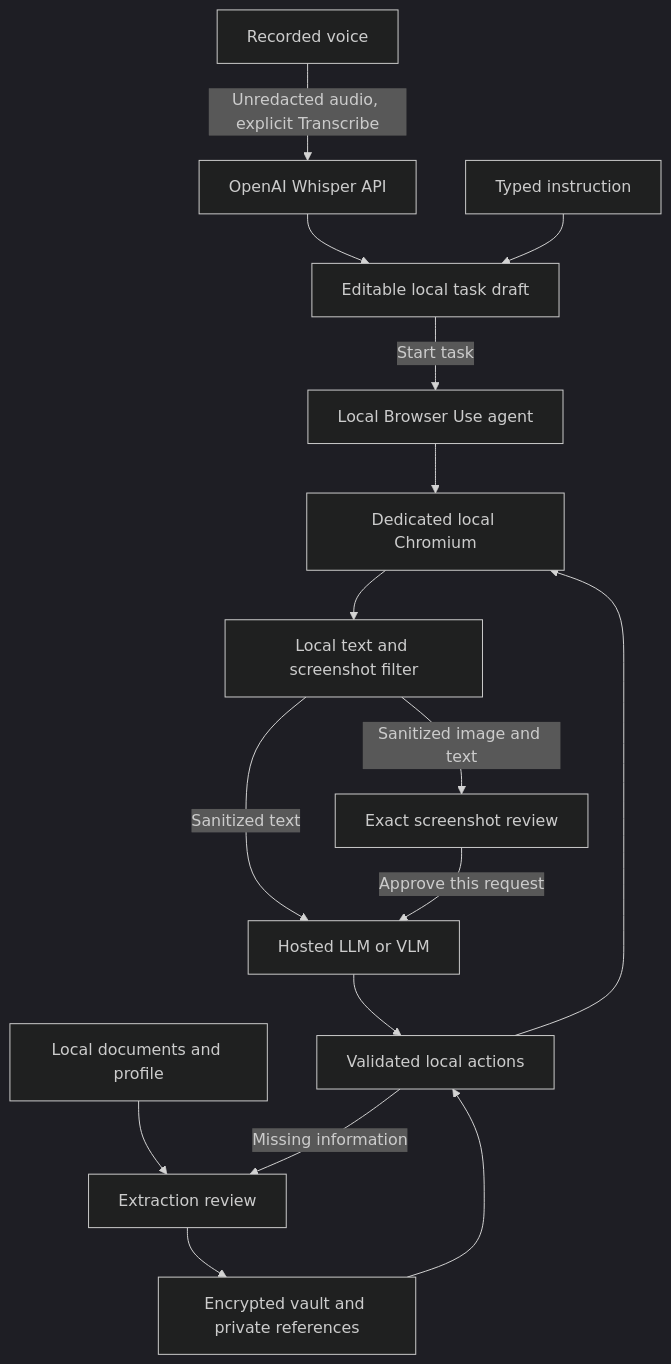
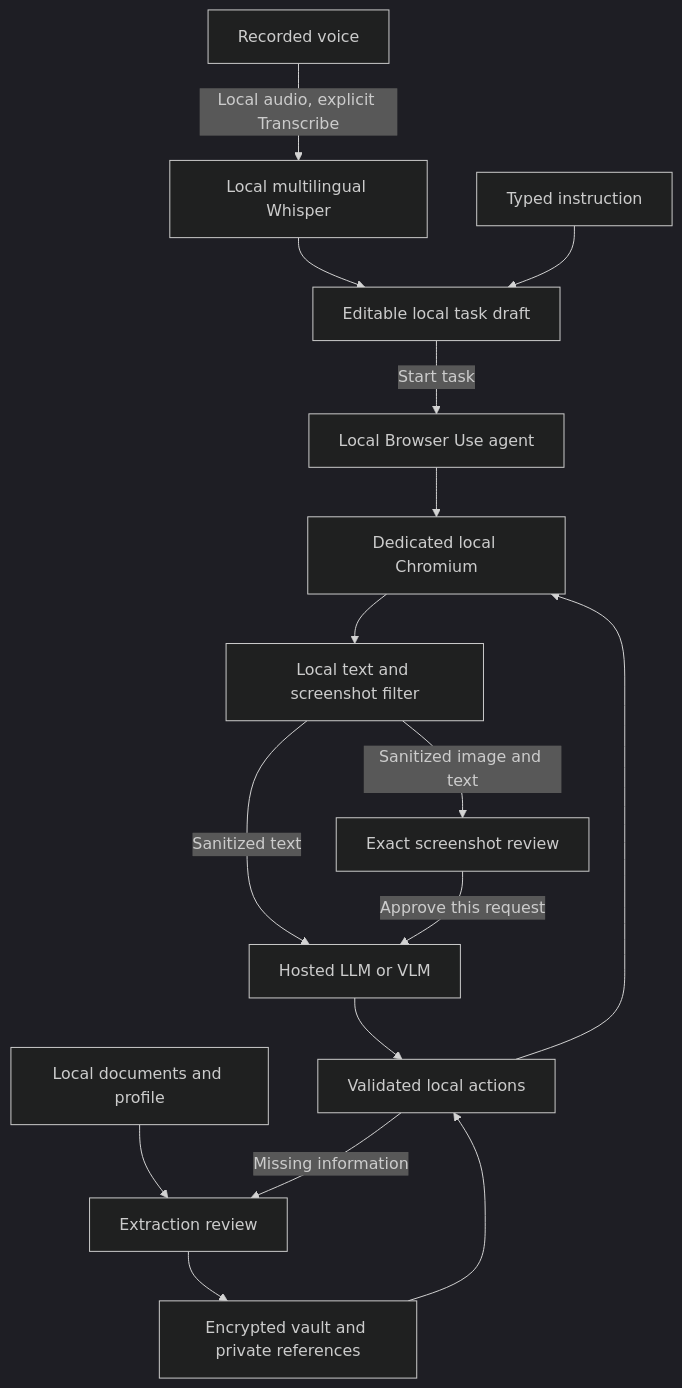
One commit to Aksh2906/sih_mohmaya changed the diagram in README.md. Above: the diagram before and after it, drawn with Mermaid (dark theme). The commit also changed other lines of this file and 121 other files, not shown here.

````diff
--- a/README.md
+++ b/README.md
@@ -164,18 +168,18 @@
 ```mermaid
 flowchart TD
-    Voice[Recorded voice] -->|Unredacted audio, explicit Transcribe| Whisper[OpenAI Whisper API]
+    Voice[Recorded voice] -->|Local audio, explicit Transcribe| Whisper[Local multilingual Whisper]
     Whisper --> Draft[Editable local task draft]
     Typed[Typed instruction] --> Draft
     Draft -->|Start task| Agent[Local Browser Use agent]
     Docs[Local documents and profile] --> Review[Extraction review]
     Review --> Vault[Encrypted vault and private references]
     Agent --> Browser[Dedicated local Chromium]
     Browser --> Filter[Local text and screenshot filter]
     Filter -->|Sanitized text| Model[Hosted LLM or VLM]
     Filter -->|Sanitized image and text| Approval[Exact screenshot review]
     Approval -->|Approve this request| Model
     Model --> Actions[Validated local actions]
     Vault --> Actions
     Actions --> Browser
     Actions -->|Missing information| Review
 ```
````
